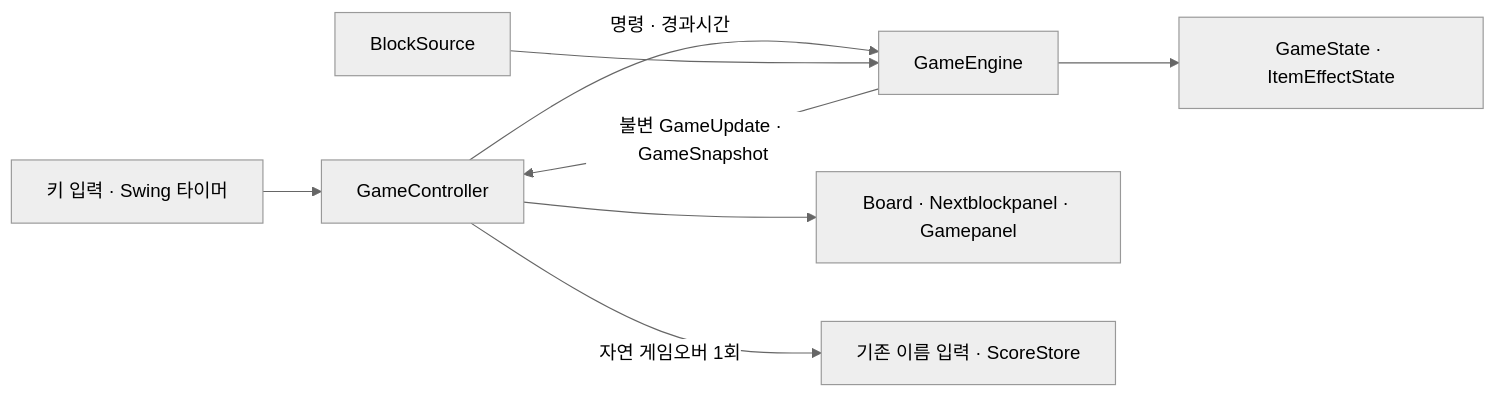
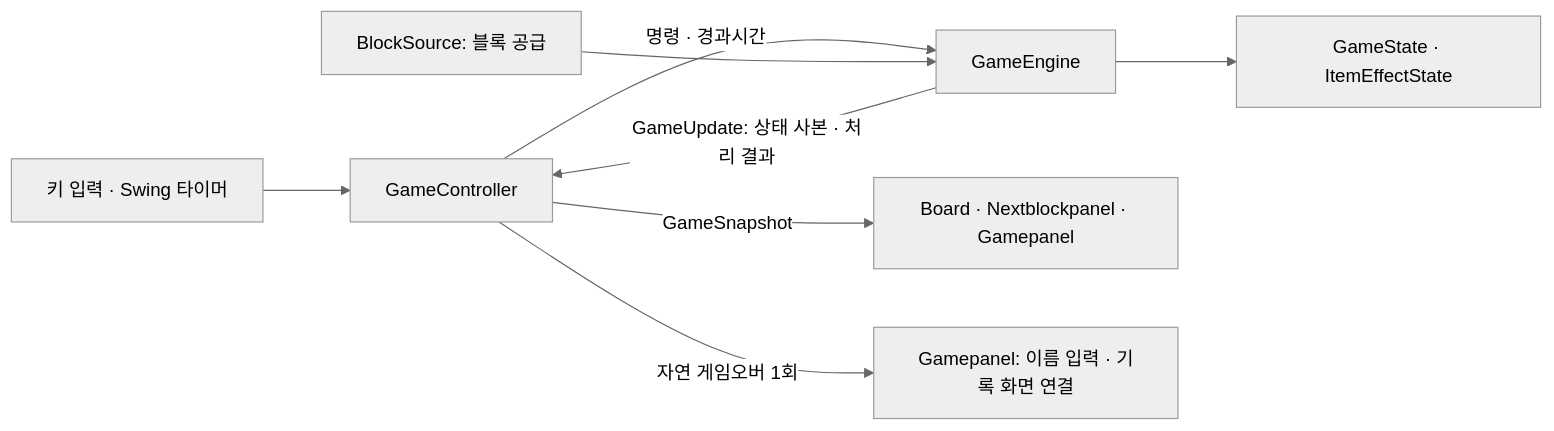
The diagram in docs/refactoring/README.md (HoroyoiPeach/SeoulTech-SE-Tetris-Ref), drawn with Mermaid (neutral theme) before and after one commit. The commit also changed other lines of this file and 1 other file, not shown here.

````diff
--- a/docs/refactoring/README.md
+++ b/docs/refactoring/README.md
@@ -5,10 +31,10 @@
 ```mermaid
 flowchart LR
-    Input[키 입력 · Swing 타이머] --> Controller[GameController]
-    Controller -->|명령 · 경과시간| Engine[GameEngine]
-    Engine --> State[GameState · ItemEffectState]
-    Source[BlockSource] --> Engine
-    Engine -->|불변 GameUpdate · GameSnapshot| Controller
-    Controller --> View[Board · Nextblockpanel · Gamepanel]
-    Controller -->|자연 게임오버 1회| Score[기존 이름 입력 · ScoreStore]
+    Input["키 입력 · Swing 타이머"] --> C["GameController"]
+    C -->|"명령 · 경과시간"| E["GameEngine"]
+    Source["BlockSource: 블록 공급"] --> E
+    E --> State["GameState · ItemEffectState"]
+    E -->|"GameUpdate: 상태 사본 · 처리 결과"| C
+    C -->|"GameSnapshot"| V["Board · Nextblockpanel · Gamepanel"]
+    C -->|"자연 게임오버 1회"| End["Gamepanel: 이름 입력 · 기록 화면 연결"]
 ```
````
